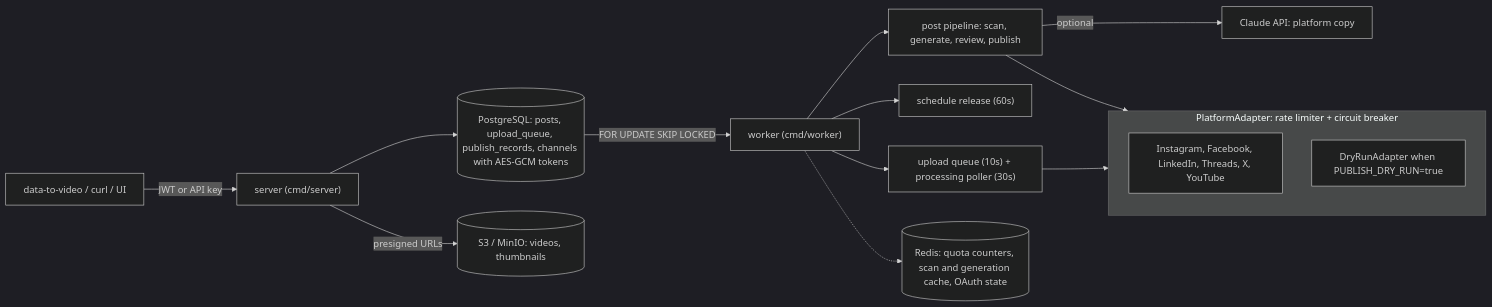
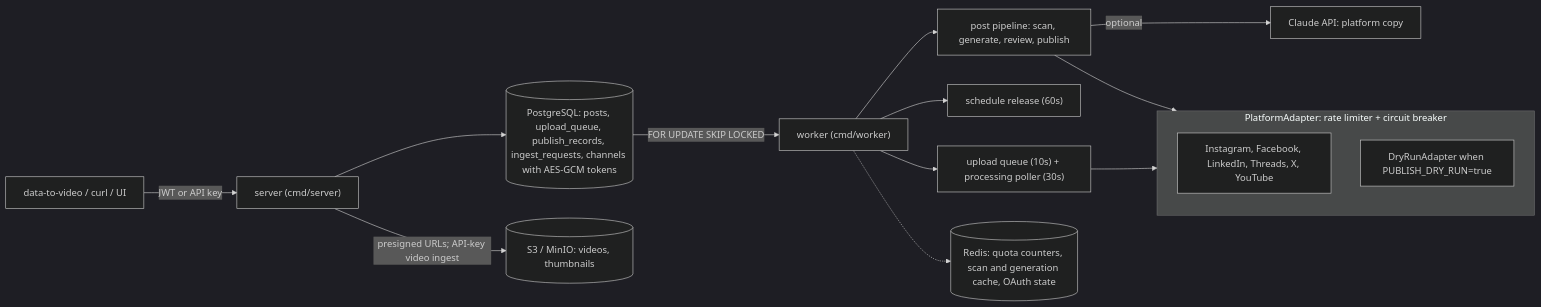
Before and after one commit to himanshumehta/social-publisher: the first of 3 diagrams in README.md, drawn with Mermaid (dark theme). The commit also changed other lines of this file and 1 other file, not shown here.

First line of the commit message:
docs: document video ingest and the data-to-video integration

````diff
--- a/README.md
+++ b/README.md
@@ -33,19 +33,19 @@
 ```mermaid
 flowchart LR
     client["data-to-video / curl / UI"] -->|"JWT or API key"| api["server (cmd/server)"]
-    api --> db[("PostgreSQL: posts, upload_queue, publish_records, channels with AES-GCM tokens")]
-    api -->|"presigned URLs"| s3[("S3 / MinIO: videos, thumbnails")]
+    api --> db[("PostgreSQL: posts, upload_queue, publish_records, ingest_requests, channels with AES-GCM tokens")]
+    api -->|"presigned URLs; API-key video ingest"| s3[("S3 / MinIO: videos, thumbnails")]
     db -->|"FOR UPDATE SKIP LOCKED"| worker["worker (cmd/worker)"]
     worker --> pipe["post pipeline: scan, generate, review, publish"]
     worker --> sched["schedule release (60s)"]
     worker --> upq["upload queue (10s) + processing poller (30s)"]
     pipe -->|"optional"| llm["Claude API: platform copy"]
     pipe --> adapters
     upq --> adapters
     subgraph adapters["PlatformAdapter: rate limiter + circuit breaker"]
         direction TB
         real["Instagram, Facebook, LinkedIn, Threads, X, YouTube"]
         dry["DryRunAdapter when PUBLISH_DRY_RUN=true"]
     end
     worker -.-> redis[("Redis: quota counters, scan and generation cache, OAuth state")]
 ```
````
